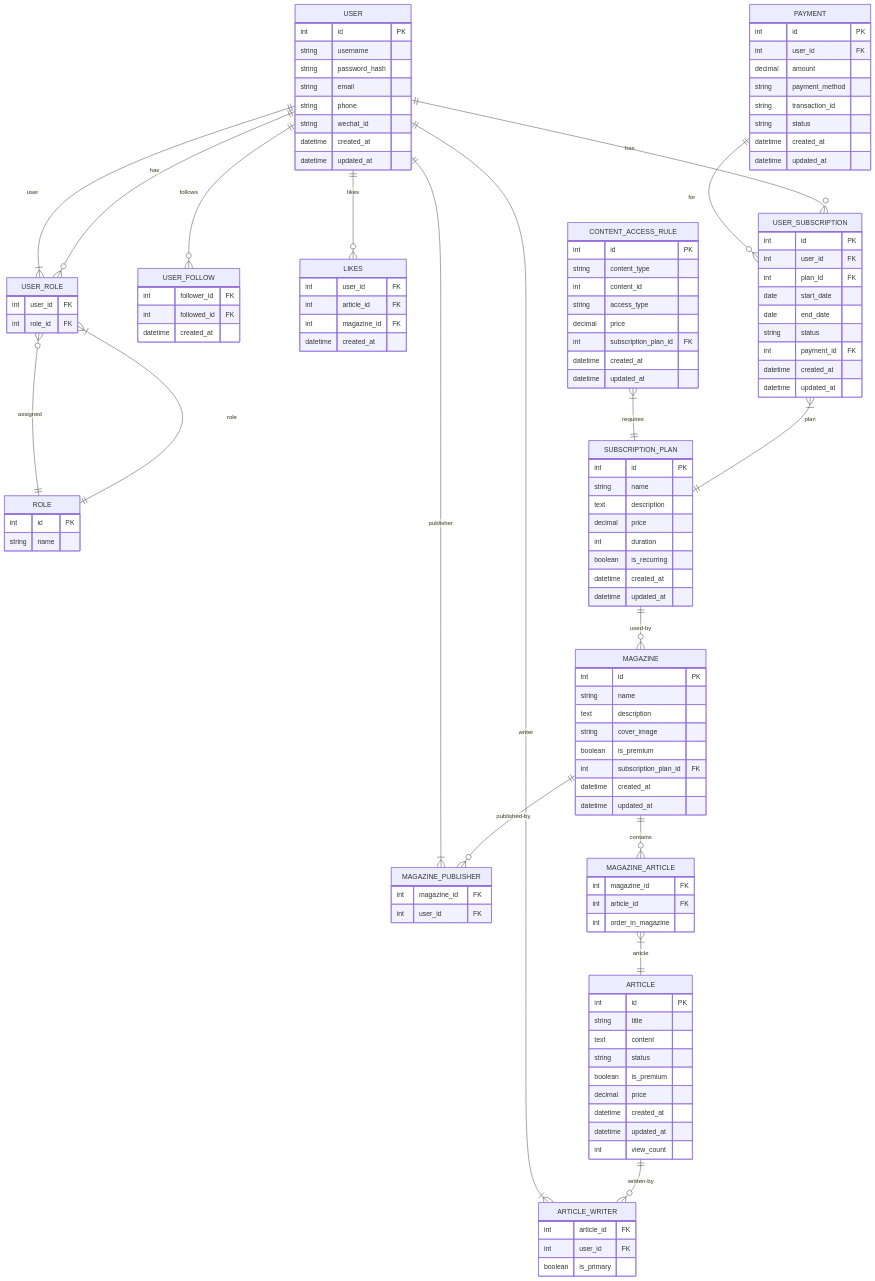
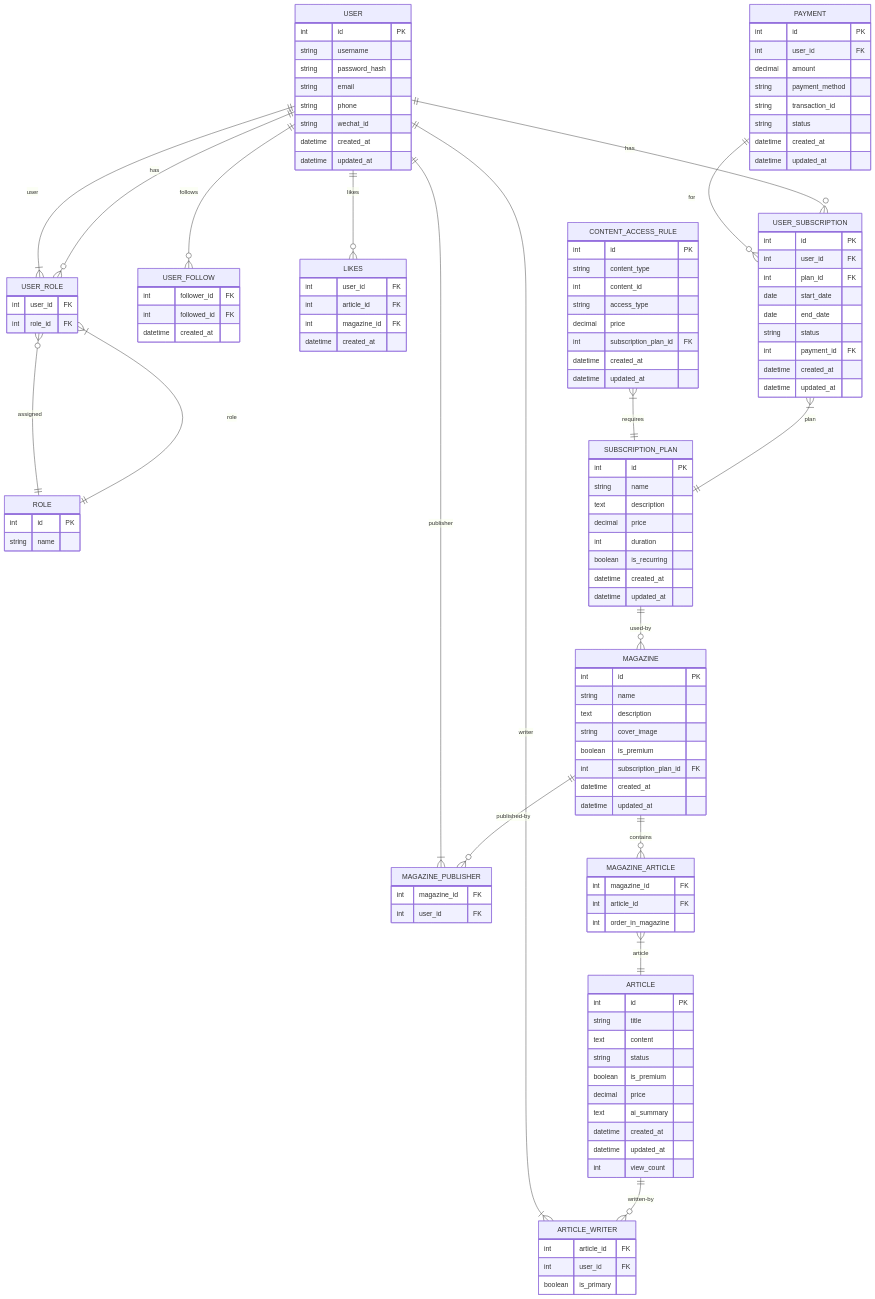
Before and after one commit to darrindeyoung791/PageJoy: the diagram in README.md, drawn with Mermaid. The commit also changed other lines of this file and 1 other file, not shown here.

```diff
--- a/README.md
+++ b/README.md
@@ -279,6 +280,7 @@
         string status
         boolean is_premium
         decimal price
+        text ai_summary
         datetime created_at
         datetime updated_at
         int view_count
```
